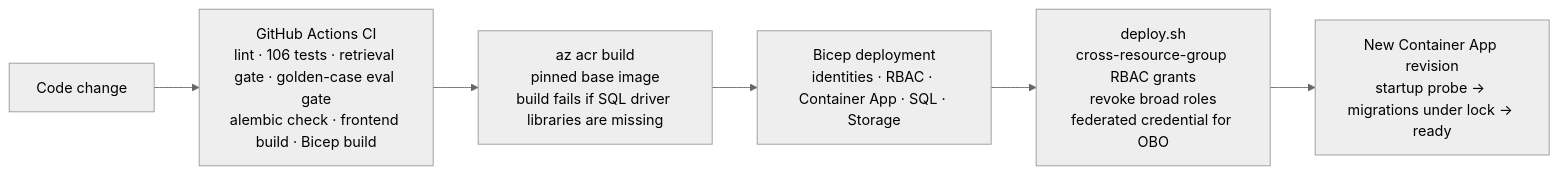
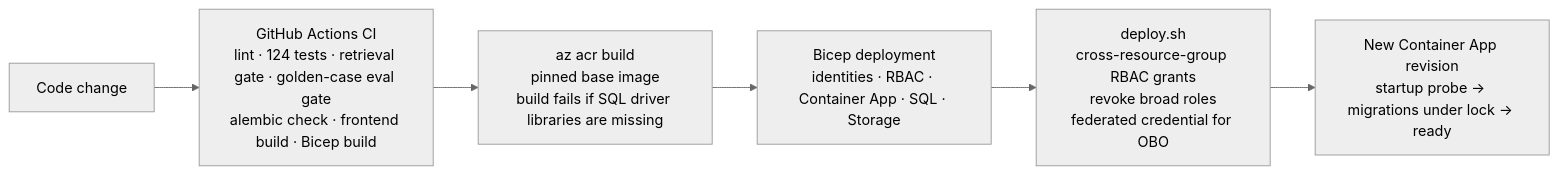
The seventh of 7 diagrams in docs/DIAGRAMS.md (prasadregula/onboardiq), drawn with Mermaid (neutral theme) before and after one commit. The commit also changed 17 other files, not shown here.

````diff
--- a/docs/DIAGRAMS.md
+++ b/docs/DIAGRAMS.md
@@ -220,8 +220,8 @@
 ```mermaid
 flowchart LR
-    dev["Code change"] --> ci["GitHub Actions CI<br/>lint · 106 tests · retrieval gate · golden-case eval gate<br/>alembic check · frontend build · Bicep build"]
+    dev["Code change"] --> ci["GitHub Actions CI<br/>lint · 124 tests · retrieval gate · golden-case eval gate<br/>alembic check · frontend build · Bicep build"]
     ci --> build["az acr build<br/>pinned base image<br/>build fails if SQL driver libraries are missing"]
     build --> bicep["Bicep deployment<br/>identities · RBAC · Container App · SQL · Storage"]
     bicep --> grants["deploy.sh<br/>cross-resource-group RBAC grants<br/>revoke broad roles<br/>federated credential for OBO"]
     grants --> rev["New Container App revision<br/>startup probe → migrations under lock → ready"]
 ```
````
